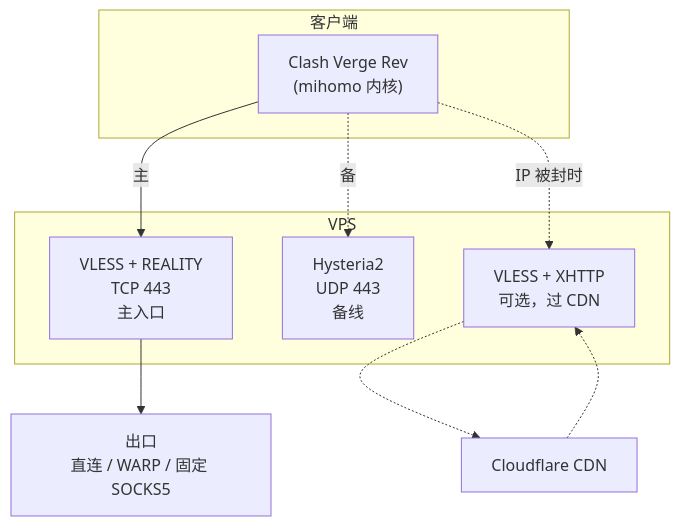
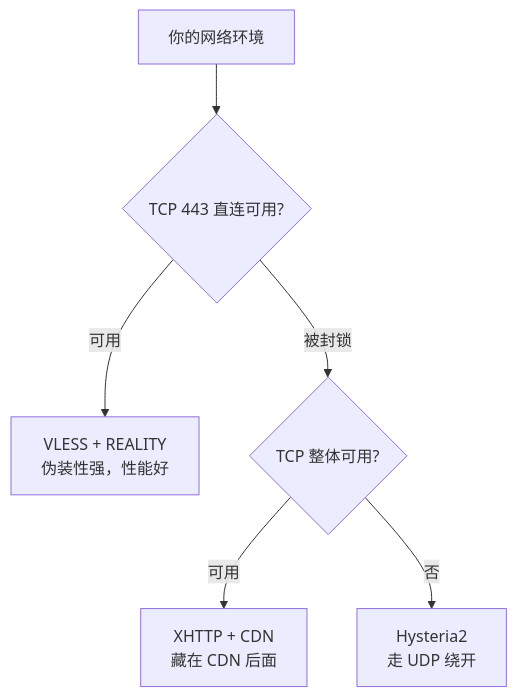
One commit to DamienZCollins/Personal-Proxy changed the first of 3 diagrams in README.md. Above: the diagram before and after it, drawn with Mermaid. The commit also changed other lines of this file, not shown here.

````diff
--- a/README.md
+++ b/README.md
@@ -141,21 +14,8 @@
 ```mermaid
 flowchart TB
-    subgraph Client["客户端"]
-        G["Clash Verge Rev<br/>(mihomo 内核)"]
-    end
-
-    subgraph Server["VPS"]
-        R["VLESS + REALITY<br/>TCP 443<br/>主入口"]
-        H["Hysteria2<br/>UDP 443<br/>备线"]
-        X["VLESS + XHTTP<br/>可选，过 CDN"]
-    end
-
-    G -->|主| R
-    G -.->|备| H
-    G -.->|IP 被封时| X
-
-    X -.-> CDN["Cloudflare CDN"]
-    CDN -.-> X
-
-    R --> E["出口<br/>直连 / WARP / 固定 SOCKS5"]
+    A[你的网络环境] --> B{TCP 443 直连可用?}
+    B -->|可用| C["VLESS + REALITY<br/>伪装性强，性能好"]
+    B -->|被封锁| D{TCP 整体可用?}
+    D -->|可用| E["XHTTP + CDN<br/>藏在 CDN 后面"]
+    D -->|否| F["Hysteria2<br/>走 UDP 绕开"]
 ```
````
